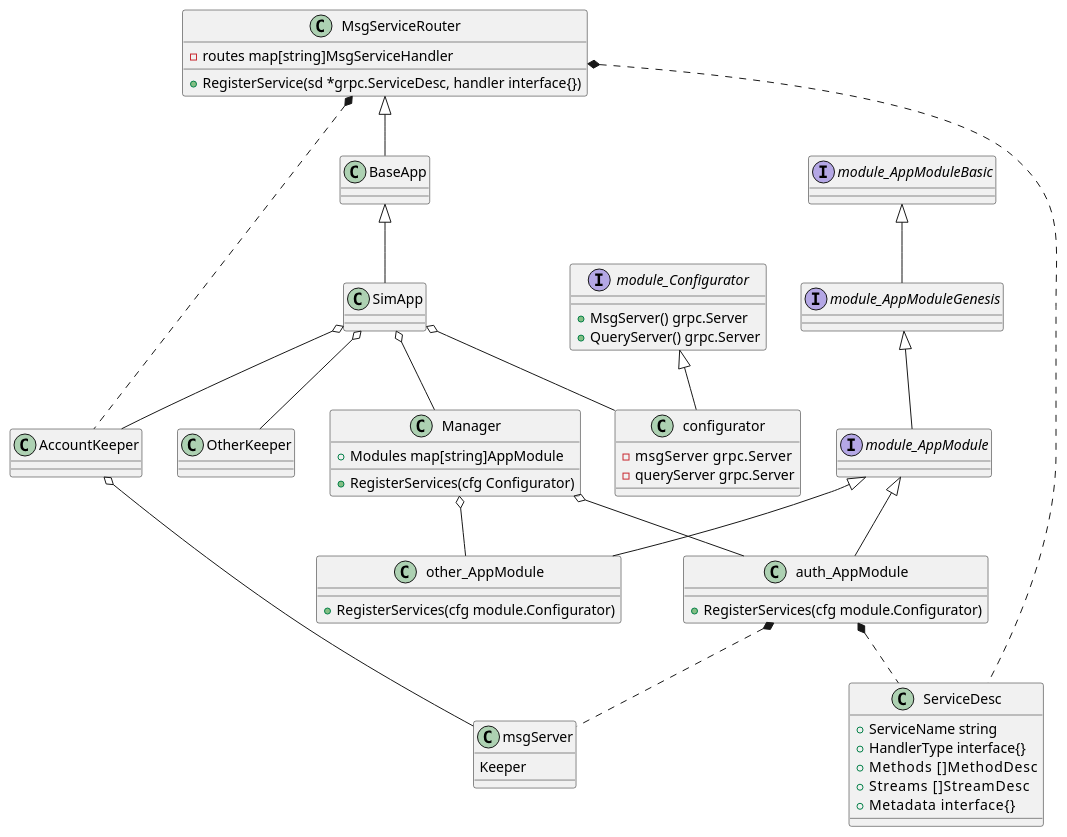
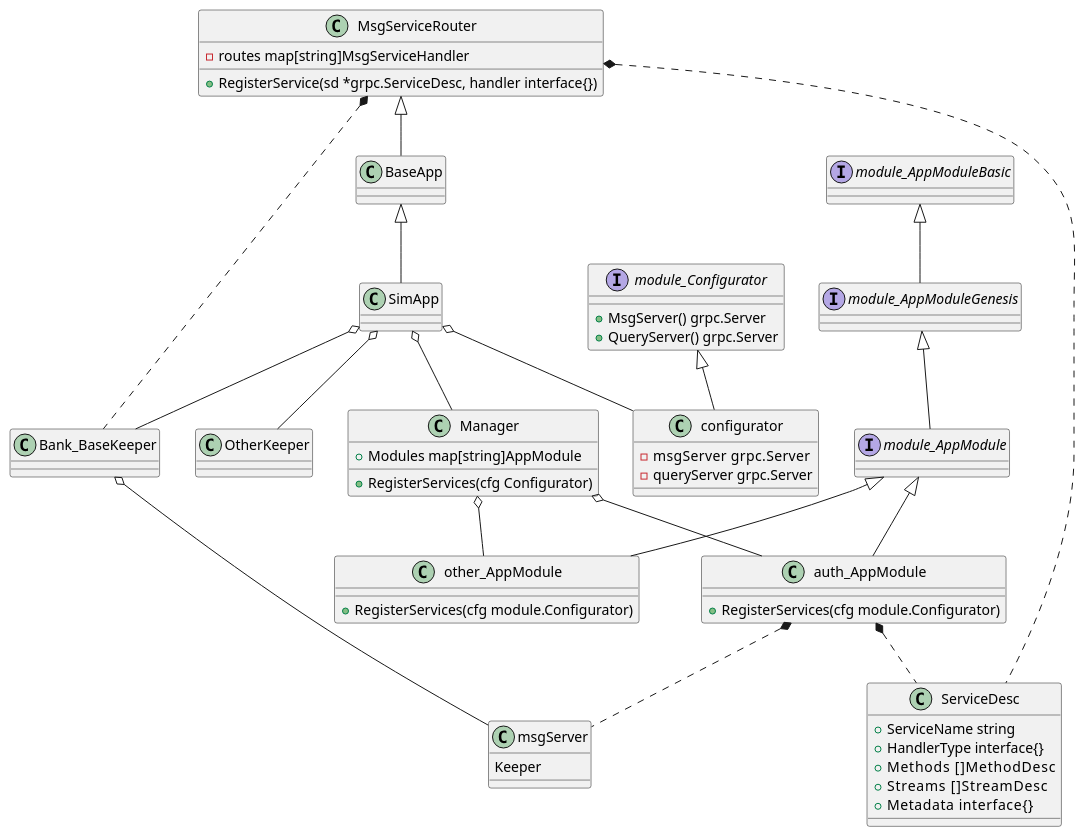
One commit to LevenSton/Research changed the second of 2 diagrams in modular-chain/Modular-Chain/ModularChain note.md. Above: the diagram before and after it, drawn with PlantUML. The commit also changed other lines of this file and 6 other files, not shown here.

````diff
--- a/modular-chain/Modular-Chain/ModularChain note.md
+++ b/modular-chain/Modular-Chain/ModularChain note.md
@@ -55,62 +55,62 @@
 ```plantuml
 @startuml
 
 class SimApp
 class Manager{
   +Modules map[string]AppModule
   +RegisterServices(cfg Configurator)
 }
-class AccountKeeper
+class Bank_BaseKeeper
 class OtherKeeper
 class BaseApp
 interface module_AppModule
 interface module_AppModuleGenesis
 interface module_AppModuleBasic
 class auth_AppModule{
   +RegisterServices(cfg module.Configurator)
 }
 class other_AppModule{
   +RegisterServices(cfg module.Configurator)
 }
 class MsgServiceRouter {
 	-routes map[string]MsgServiceHandler
   +RegisterService(sd *grpc.ServiceDesc, handler interface{})
 }
 interface module_Configurator{
   +MsgServer() grpc.Server
 	+QueryServer() grpc.Server
 }
 class configurator {
 	-msgServer   grpc.Server
 	-queryServer grpc.Server
 }
 class ServiceDesc {
 	+ServiceName string
 	+HandlerType interface{}
 	+Methods     []MethodDesc
 	+Streams     []StreamDesc
 	+Metadata    interface{}
 }
 class msgServer {
 	Keeper
 }
 class SimApp extends BaseApp
 class BaseApp extends MsgServiceRouter
 SimApp o-- Manager
-SimApp o-- AccountKeeper
+SimApp o-- Bank_BaseKeeper
 SimApp o-- OtherKeeper
 interface module_AppModule extends module_AppModuleGenesis
 interface module_AppModuleGenesis extends module_AppModuleBasic
 Manager o-- auth_AppModule
 Manager o-- other_AppModule
 class auth_AppModule extends module_AppModule
 class other_AppModule extends module_AppModule
 class configurator extends module_Configurator
 auth_AppModule *.. ServiceDesc
 auth_AppModule *.. msgServer
-AccountKeeper o-- msgServer
+Bank_BaseKeeper o-- msgServer
 SimApp o-- configurator
 MsgServiceRouter *.. ServiceDesc
-MsgServiceRouter *.. AccountKeeper
+MsgServiceRouter *.. Bank_BaseKeeper
 @enduml
 ```
````
